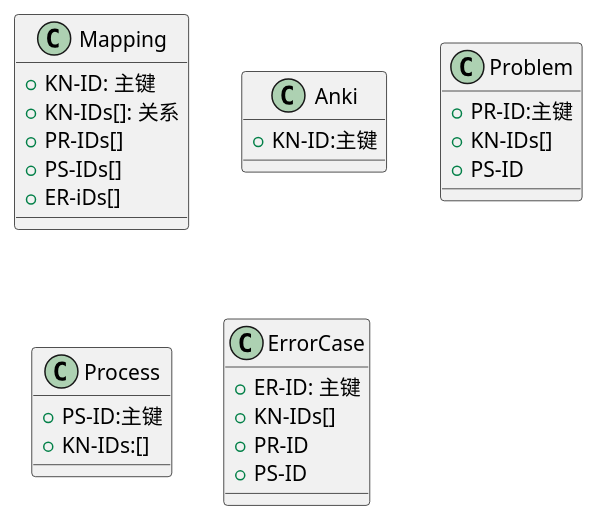
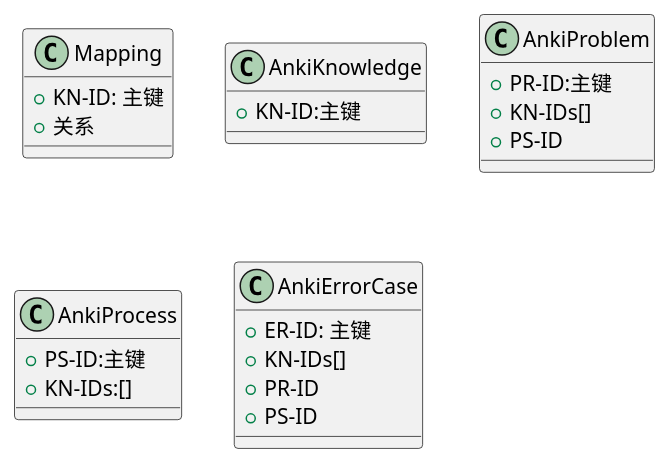
The diagram in modeling/知识学习/学习层次/mapping.puml (AlleyNorthward/postgraduate-entrance-exam), drawn with PlantUML before and after one commit. The commit also changed 2 other files, not shown here.

```diff
--- a/modeling/知识学习/学习层次/mapping.puml
+++ b/modeling/知识学习/学习层次/mapping.puml
@@ -1,33 +1,30 @@
 @startuml mapping
 
 class Mapping{
     + KN-ID: 主键
-    + KN-IDs[]: 关系
-    + PR-IDs[]
-    + PS-IDs[]
-    + ER-iDs[]
+    + 关系
 }
 
-class Anki{
+class AnkiKnowledge{
     + KN-ID:主键
 }
 
-class Problem{
+class AnkiProblem{
     + PR-ID:主键
     + KN-IDs[]
     + PS-ID
 }
 
-class Process{
+class AnkiProcess{
     + PS-ID:主键
     + KN-IDs:[]
 }
 
-class ErrorCase{
+class AnkiErrorCase{
     + ER-ID: 主键
     + KN-IDs[]
     + PR-ID
     + PS-ID
 }
 
 @enduml
```
